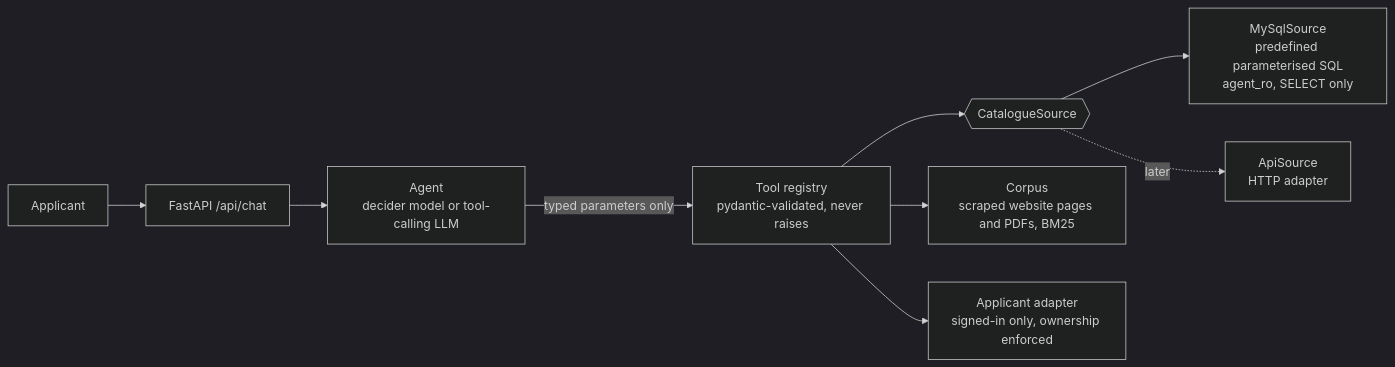
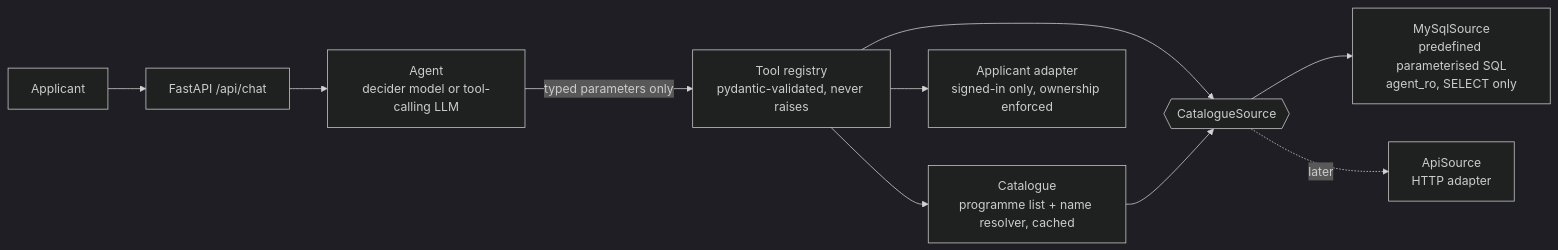
One commit to 0nouman0/silc-copilot changed the diagram in docs/ARCHITECTURE.md. Above: the diagram before and after it, drawn with Mermaid (dark theme). The commit also changed other lines of this file and 47 other files, not shown here.

First line of the commit message:
feat: answer only from the CHRIST SQL database; remove the scraped corpus

````diff
--- a/docs/ARCHITECTURE.md
+++ b/docs/ARCHITECTURE.md
@@ -3,11 +3,12 @@
 ```mermaid
 flowchart LR
   U[Applicant] --> API[FastAPI /api/chat]
   API --> AG[Agent<br/>decider model or tool-calling LLM]
   AG -->|typed parameters only| TR[Tool registry<br/>pydantic-validated, never raises]
   TR --> DS{{CatalogueSource}}
   DS --> MY[MySqlSource<br/>predefined parameterised SQL<br/>agent_ro, SELECT only]
   DS -.later.-> HA[ApiSource<br/>HTTP adapter]
-  TR --> CO[Corpus<br/>scraped website pages and PDFs, BM25]
+  TR --> CAT[Catalogue<br/>programme list + name resolver, cached]
+  CAT --> DS
   TR --> AP[Applicant adapter<br/>signed-in only, ownership enforced]
 ```
````
